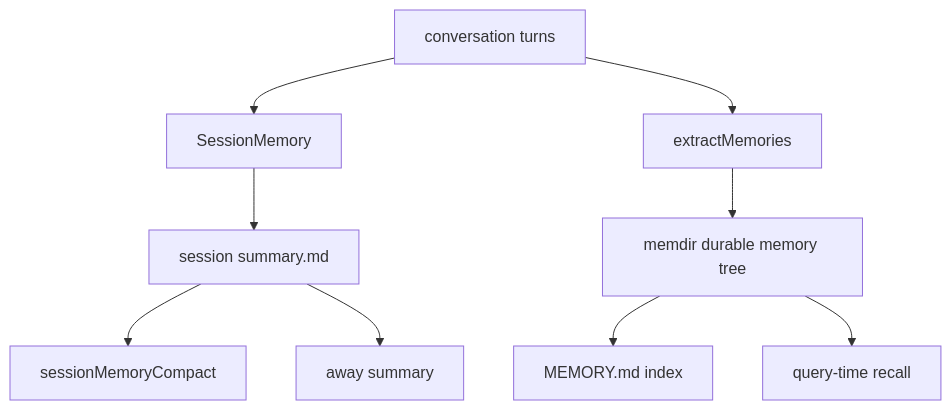
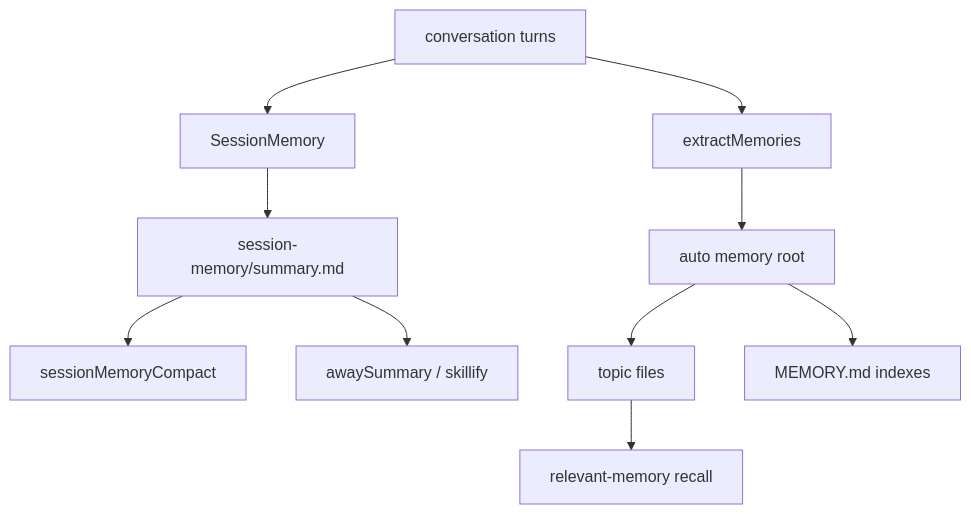
The first of 2 diagrams in MODULES/03-persistent-memory-system/DEEP/README.md (Boulea7/ClaudeCode-Source-DeepDive), drawn with Mermaid before and after one commit. The commit also changed other lines of this file and 5 other files, not shown here.

````diff
--- a/MODULES/03-persistent-memory-system/DEEP/README.md
+++ b/MODULES/03-persistent-memory-system/DEEP/README.md
@@ -192,13 +230,12 @@
 ```mermaid
 flowchart TD
     A[conversation turns] --> B[SessionMemory]
     A --> C[extractMemories]
-
-    B --> D[session summary.md]
+    B --> D[session-memory/summary.md]
     D --> E[sessionMemoryCompact]
-    D --> F[away summary]
-
-    C --> G[memdir durable memory tree]
-    G --> H[MEMORY.md index]
-    G --> I[query-time recall]
+    D --> F[awaySummary / skillify]
+    C --> G[auto memory root]
+    G --> H[topic files]
+    G --> I[MEMORY.md indexes]
+    H --> J[relevant-memory recall]
 ```
````
